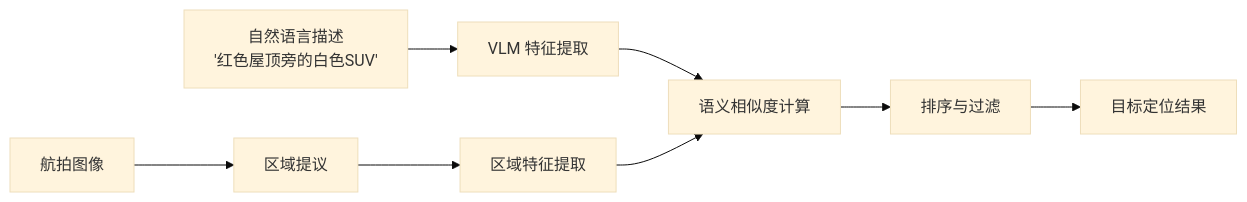
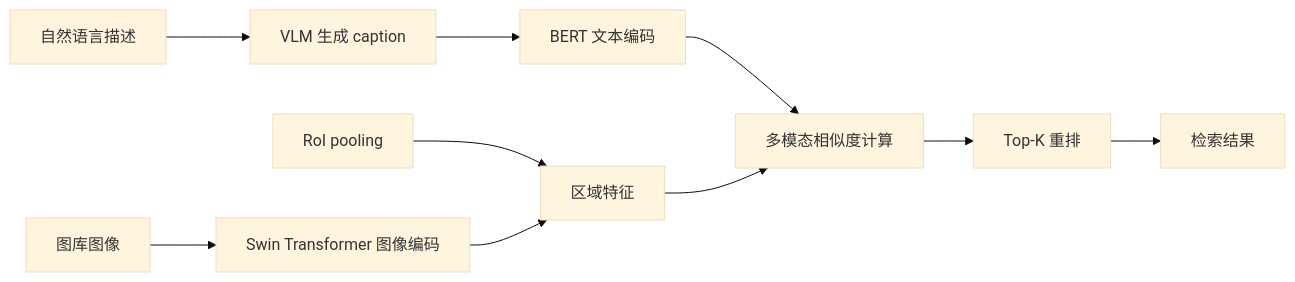
The eighth of 10 diagrams in docs/04-VLM专题/03-LLM驱动的无人机Agent.md (Qxy661/UAV-WM-VLA-Learning), drawn with Mermaid (base theme) before and after one commit. The commit also changed other lines of this file and 53 other files, not shown here.

````diff
--- a/docs/04-VLM专题/03-LLM驱动的无人机Agent.md
+++ b/docs/04-VLM专题/03-LLM驱动的无人机Agent.md
@@ -417,10 +404,12 @@
 ```mermaid
 graph LR
-    A["自然语言描述<br/>'红色屋顶旁的白色SUV'"] --> B[VLM 特征提取]
-    C[航拍图像] --> D[区域提议]
-    D --> E[区域特征提取]
-    B --> F[语义相似度计算]
-    E --> F
-    F --> G[排序与过滤]
-    G --> H[目标定位结果]
+    A["自然语言描述"] --> B[VLM 生成 caption]
+    B --> C[BERT 文本编码]
+    D[图库图像] --> E[Swin Transformer 图像编码]
+    F[RoI pooling] --> G[区域特征]
+    E --> G
+    C --> H[多模态相似度计算]
+    G --> H
+    H --> I[Top-K 重排]
+    I --> J[检索结果]
 ```
````
